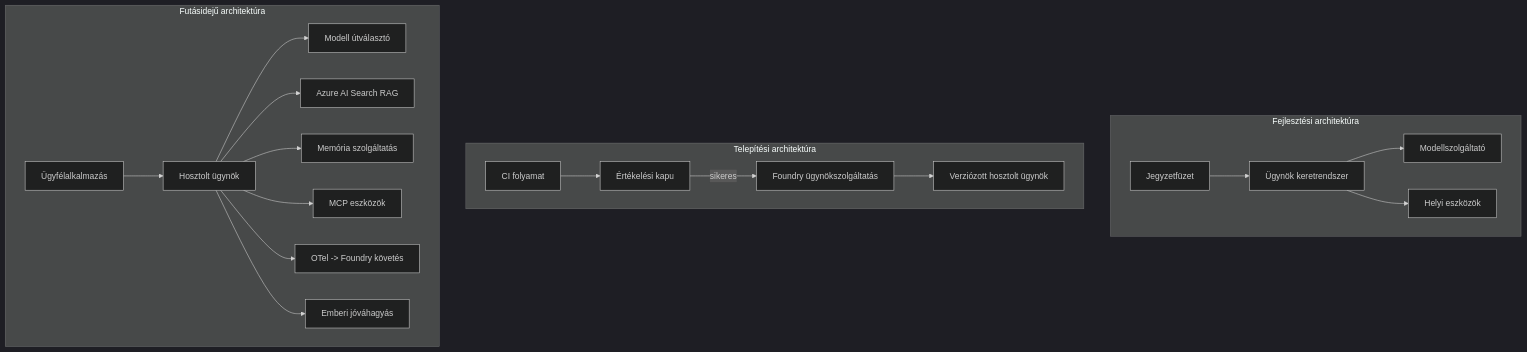
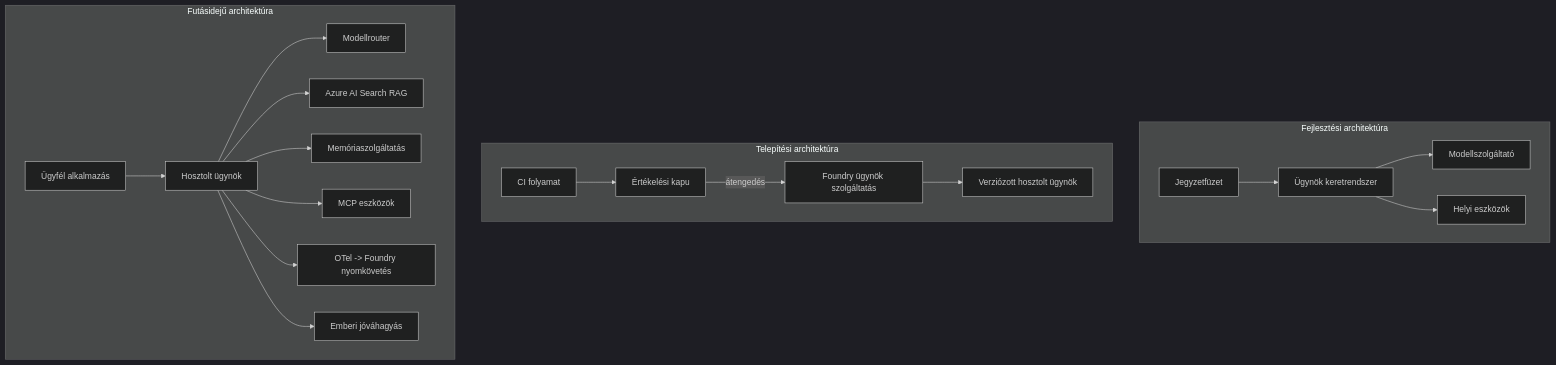
Before and after one commit to gabrielmoreira/agent-skills-mirror: the fourth of 4 diagrams in mirrors/repos/microsoft@ai-agents-for-beginners/translations/hu/16-deploying-scalable-agents/README.md, drawn with Mermaid (dark theme). The commit also changed other lines of this file and 3581 other files, not shown here.

````diff
--- a/mirrors/repos/microsoft@ai-agents-for-beginners/translations/hu/16-deploying-scalable-agents/README.md
+++ b/mirrors/repos/microsoft@ai-agents-for-beginners/translations/hu/16-deploying-scalable-agents/README.md
@@ -185,22 +185,22 @@
 ```mermaid
 flowchart TB
     subgraph Dev[Fejlesztési architektúra]
         D1[Jegyzetfüzet] --> D2[Ügynök keretrendszer]
         D2 --> D3[Modellszolgáltató]
         D2 --> D4[Helyi eszközök]
     end
     subgraph Deploy[Telepítési architektúra]
         E1[CI folyamat] --> E2[Értékelési kapu]
-        E2 -->|sikeres| E3[Foundry ügynökszolgáltatás]
+        E2 -->|átengedés| E3[Foundry ügynök szolgáltatás]
         E3 --> E4[Verziózott hosztolt ügynök]
     end
     subgraph Run[Futásidejű architektúra]
-        F1[Ügyfélalkalmazás] --> F2[Hosztolt ügynök]
-        F2 --> F3[Modell útválasztó]
+        F1[Ügyfél alkalmazás] --> F2[Hosztolt ügynök]
+        F2 --> F3[Modellrouter]
         F2 --> F4[Azure AI Search RAG]
-        F2 --> F5[Memória szolgáltatás]
+        F2 --> F5[Memóriaszolgáltatás]
         F2 --> F6[MCP eszközök]
-        F2 --> F7[OTel -> Foundry követés]
+        F2 --> F7[OTel -> Foundry nyomkövetés]
         F2 --> F8[Emberi jóváhagyás]
     end
 ```
````
